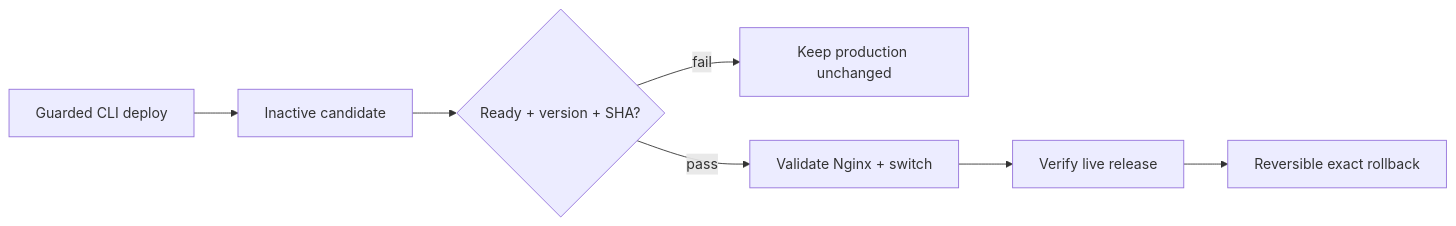
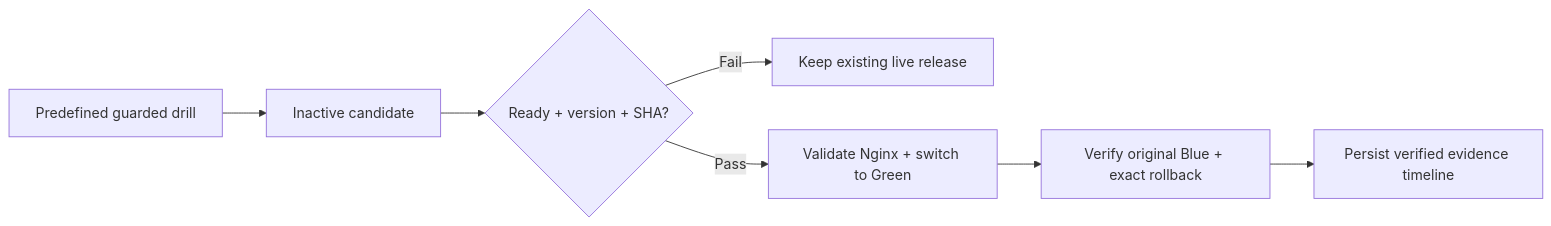
The second of 3 diagrams in README.md (Mishkaaass/ci-cd-lab), drawn with Mermaid before and after one commit. The commit also changed other lines of this file and 9 other files, not shown here.

````diff
--- a/README.md
+++ b/README.md
@@ -50,9 +64,9 @@
 ```mermaid
 flowchart LR
-  CLI["Guarded CLI deploy"] --> Candidate["Inactive candidate"]
-  Candidate --> Gate{"Ready + version + SHA?"}
-  Gate -->|fail| Keep["Keep production unchanged"]
-  Gate -->|pass| Proxy["Validate Nginx + switch"]
-  Proxy --> Verify["Verify live release"]
-  Verify --> Rollback["Reversible exact rollback"]
+  CLI[Predefined guarded drill] --> Candidate[Inactive candidate]
+  Candidate --> Gate{Ready + version + SHA?}
+  Gate -->|Fail| Hold[Keep existing live release]
+  Gate -->|Pass| Switch[Validate Nginx + switch to Green]
+  Switch --> Rollback[Verify original Blue + exact rollback]
+  Rollback --> Timeline[Persist verified evidence timeline]
 ```
````
